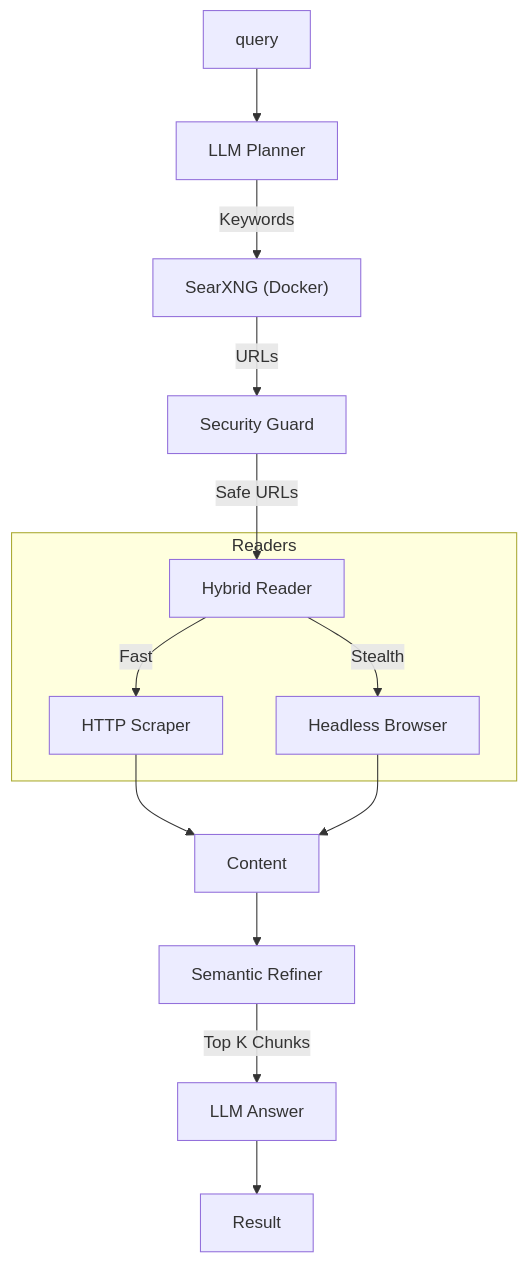
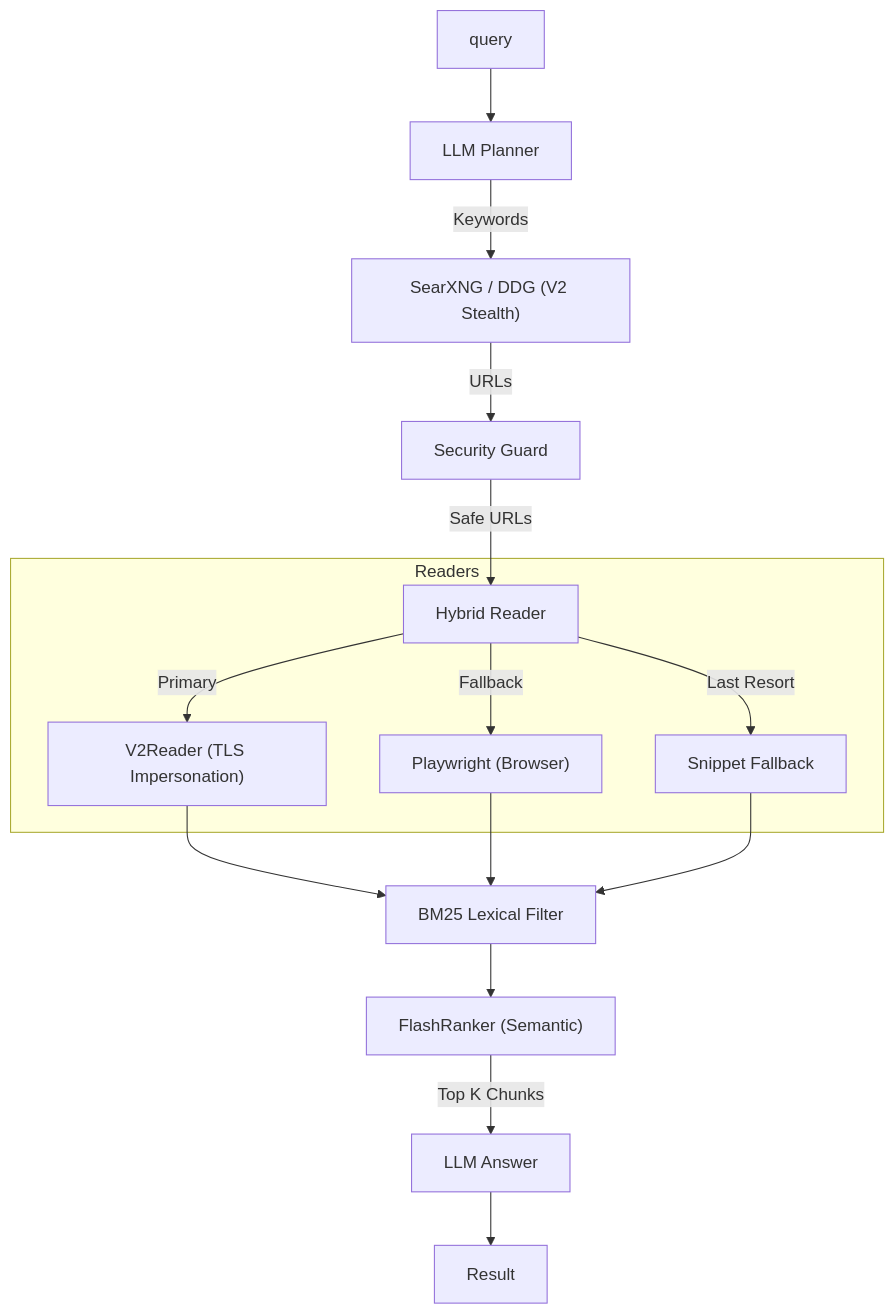
One commit to wh5905/open-web-search changed the diagram in README.md. Above: the diagram before and after it, drawn with Mermaid. The commit also changed other lines of this file and 7 other files, not shown here.

````diff
--- a/README.md
+++ b/README.md
@@ -195,19 +213,21 @@
 ```mermaid
 flowchart TD
     User[query] --> Planner["LLM Planner"]
-    Planner -->|Keywords| Engine["SearXNG (Docker)"]
+    Planner -->|Keywords| Engine["SearXNG / DDG (V2 Stealth)"]
     Engine -->|URLs| Filter["Security Guard"]
     Filter -->|Safe URLs| Reader["Hybrid Reader"]
     
     subgraph Readers
-        Reader -->|Fast| Trafilatura["HTTP Scraper"]
-        Reader -->|Stealth| Playwright["Headless Browser"]
+        Reader -->|Primary| V2Reader["V2Reader (TLS Impersonation)"]
+        Reader -->|Fallback| Playwright["Playwright (Browser)"]
+        Reader -->|Last Resort| Snippet["Snippet Fallback"]
     end
     
-    Trafilatura --> Content
+    V2Reader --> Content["BM25 Lexical Filter"]
     Playwright --> Content
+    Snippet --> Content
     
-    Content --> Refiner["Semantic Refiner"]
+    Content --> Refiner["FlashRanker (Semantic)"]
     Refiner -->|Top K Chunks| Synthesizer["LLM Answer"]
     Synthesizer --> Result
 ```
````
